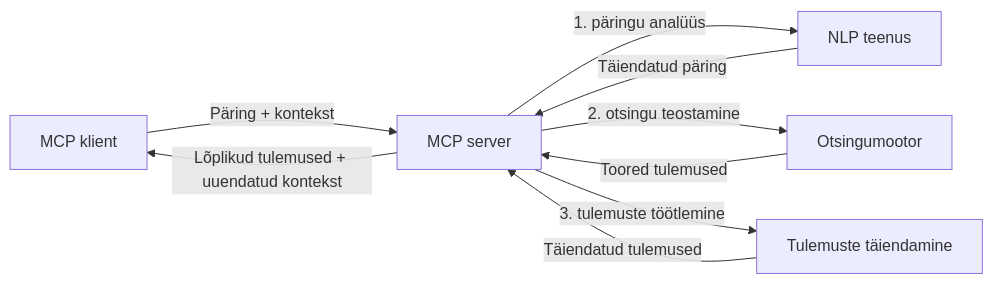
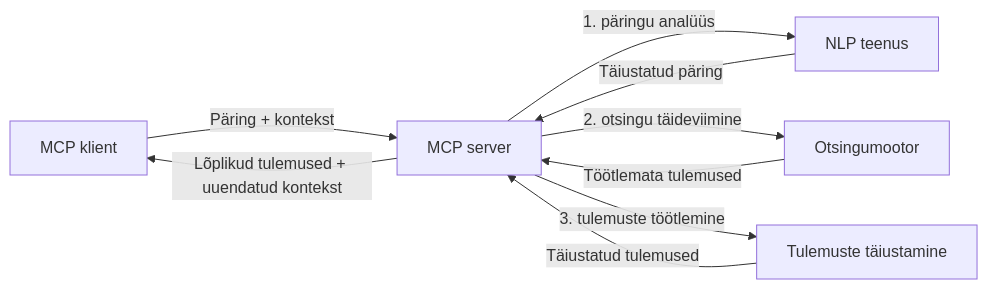
One commit to microsoft/mcp-for-beginners changed the fourth of 4 diagrams in translations/et/05-AdvancedTopics/mcp-realtimesearch/README.md. Above: the diagram before and after it, drawn with Mermaid. The commit also changed other lines of this file and 138 other files, not shown here.

````diff
--- a/translations/et/05-AdvancedTopics/mcp-realtimesearch/README.md
+++ b/translations/et/05-AdvancedTopics/mcp-realtimesearch/README.md
@@ -626,11 +628,11 @@
 ```mermaid
 graph LR
     Client[MCP klient] --> |Päring + kontekst| Server[MCP server]
     Server --> |1. päringu analüüs| NLP[NLP teenus]
-    NLP --> |Täiendatud päring| Server
-    Server --> |2. otsingu teostamine| Search[Otsingumootor]
-    Search --> |Toored tulemused| Server
-    Server --> |3. tulemuste töötlemine| Enhancement[Tulemuste täiendamine]
-    Enhancement --> |Täiendatud tulemused| Server
+    NLP --> |Täiustatud päring| Server
+    Server --> |2. otsingu täideviimine| Search[Otsingumootor]
+    Search --> |Töötlemata tulemused| Server
+    Server --> |3. tulemuste töötlemine| Enhancement[Tulemuste täiustamine]
+    Enhancement --> |Täiustatud tulemused| Server
     Server --> |Lõplikud tulemused + uuendatud kontekst| Client
 ```
````
